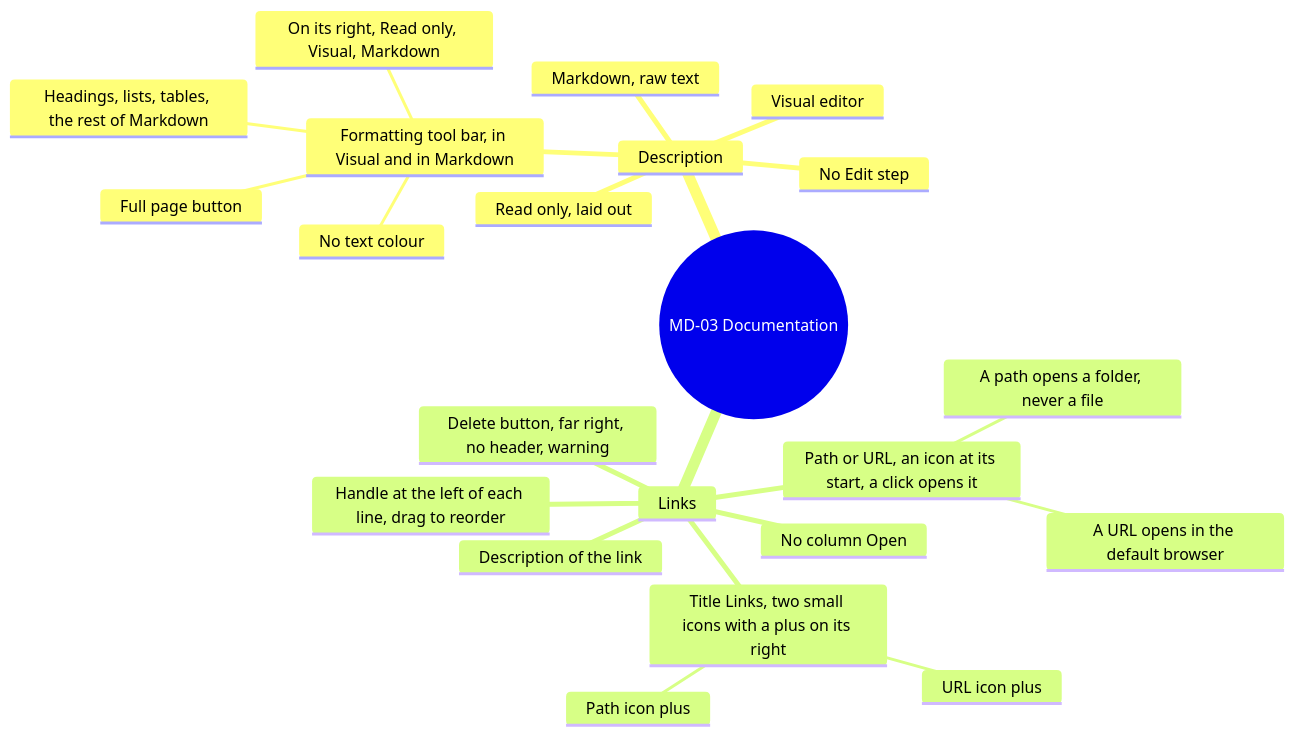
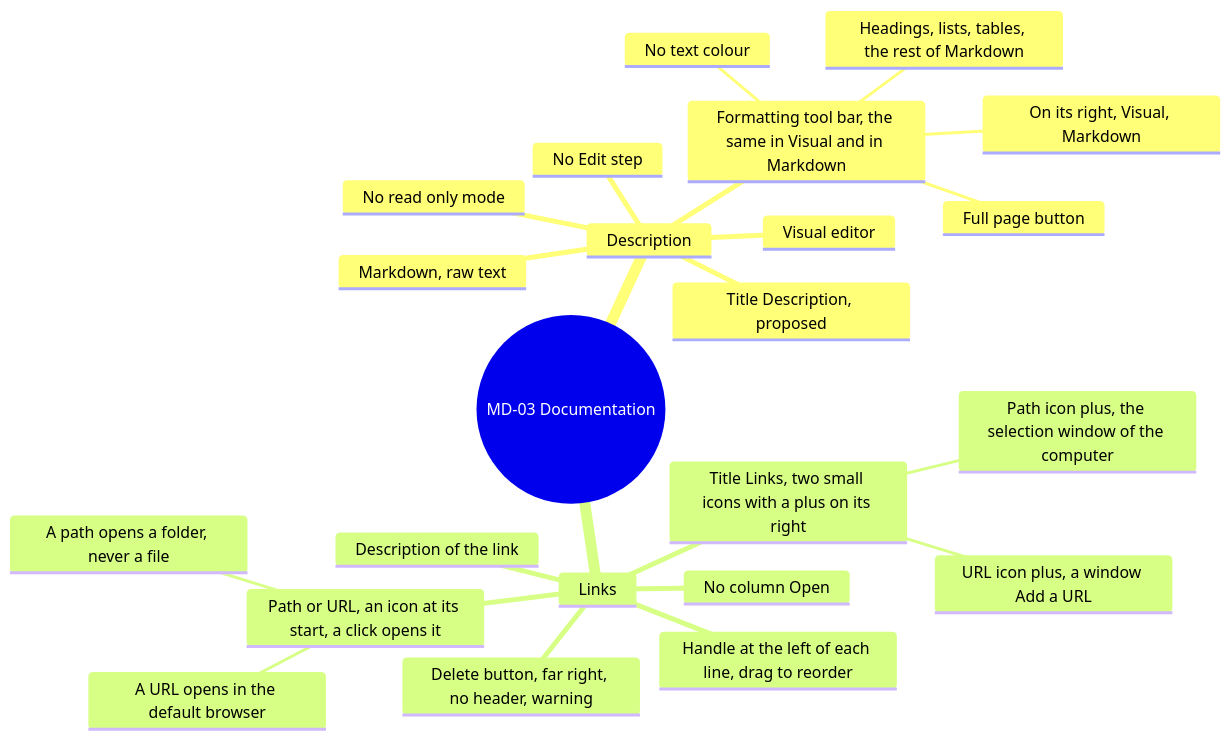
Before and after one commit to AlexandreGallais/synoptic-studio-spec: the fourth of 16 diagrams in screens/metadata.md, drawn with Mermaid. The commit also changed other lines of this file and 3 other files, not shown here.

````diff
--- a/screens/metadata.md
+++ b/screens/metadata.md
@@ -124,25 +124,26 @@
 ```mermaid
 mindmap
   root((MD-03 Documentation))
     Description
+      Title Description, proposed
       No Edit step
-      Formatting tool bar, in Visual and in Markdown
+      Formatting tool bar, the same in Visual and in Markdown
         Headings, lists, tables, the rest of Markdown
         No text colour
-        On its right, Read only, Visual, Markdown
+        On its right, Visual, Markdown
         Full page button
-      Read only, laid out
       Visual editor
       Markdown, raw text
+      No read only mode
     Links
       Title Links, two small icons with a plus on its right
-        Path icon plus
-        URL icon plus
+        Path icon plus, the selection window of the computer
+        URL icon plus, a window Add a URL
       Handle at the left of each line, drag to reorder
       Path or URL, an icon at its start, a click opens it
         A path opens a folder, never a file
         A URL opens in the default browser
       Description of the link
       No column Open
       Delete button, far right, no header, warning
 ```
````
